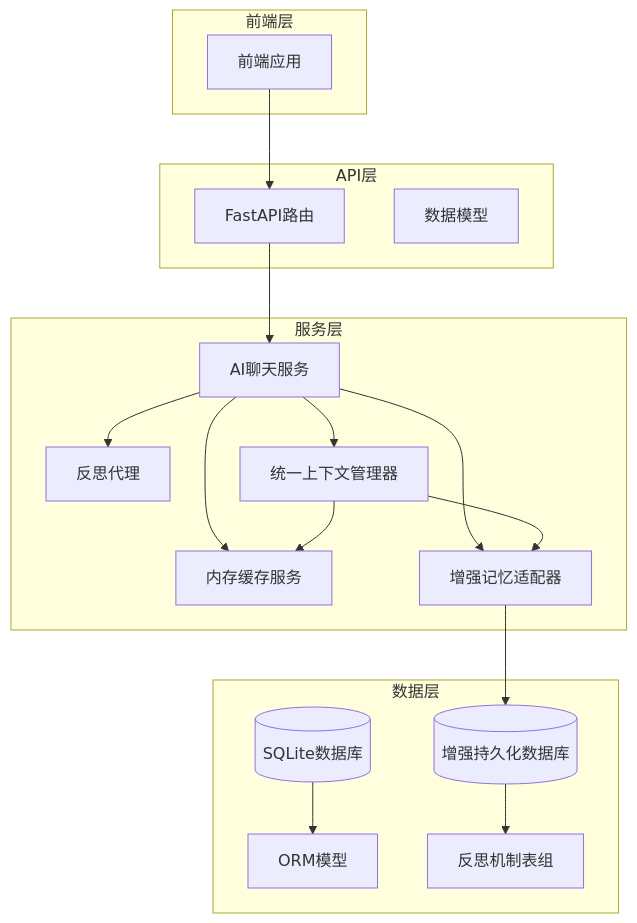
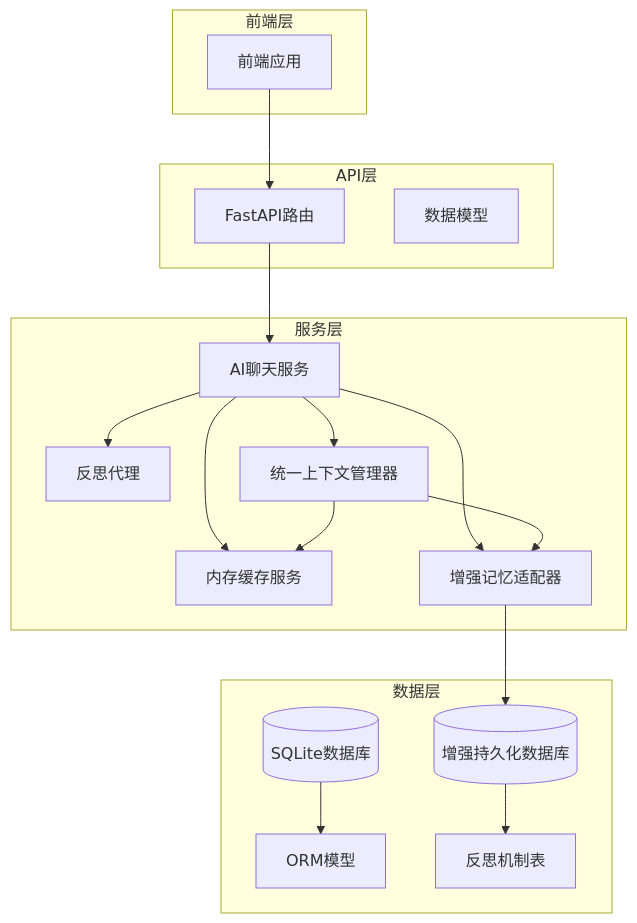
The first of 10 diagrams in .qoder/repowiki/zh/content/Memory Service.md (xfbyxq/ai-novel-system), drawn with Mermaid before and after one commit. The commit also changed 3 other files, not shown here.

````diff
--- a/.qoder/repowiki/zh/content/Memory Service.md
+++ b/.qoder/repowiki/zh/content/Memory Service.md
@@ -46,34 +46,34 @@
 ```mermaid
 graph TB
 subgraph "前端层"
 FE[前端应用]
 end
 subgraph "API层"
 API[FastAPI路由]
 SCHEMAS[数据模型]
 end
 subgraph "服务层"
 AI_CHAT_SERVICE[AI聊天服务]
 MEMORY_SERVICE[内存缓存服务]
 PERSISTENT_ADAPTER[增强记忆适配器]
 REFLECTION_AGENT[反思代理]
 UNIFIED_CONTEXT[统一上下文管理器]
 end
 subgraph "数据层"
 DB[(SQLite数据库)]
 MODELS[ORM模型]
 PERSISTENT_DB[(增强持久化数据库)]
-REFLECTION_TABLES[反思机制表组]
+REFLECTION_TABLES[反思机制表]
 end
 FE --> API
 API --> AI_CHAT_SERVICE
 AI_CHAT_SERVICE --> MEMORY_SERVICE
 AI_CHAT_SERVICE --> PERSISTENT_ADAPTER
 AI_CHAT_SERVICE --> REFLECTION_AGENT
 AI_CHAT_SERVICE --> UNIFIED_CONTEXT
 UNIFIED_CONTEXT --> MEMORY_SERVICE
 UNIFIED_CONTEXT --> PERSISTENT_ADAPTER
 PERSISTENT_ADAPTER --> PERSISTENT_DB
 PERSISTENT_DB --> REFLECTION_TABLES
 DB --> MODELS
 ```
````
